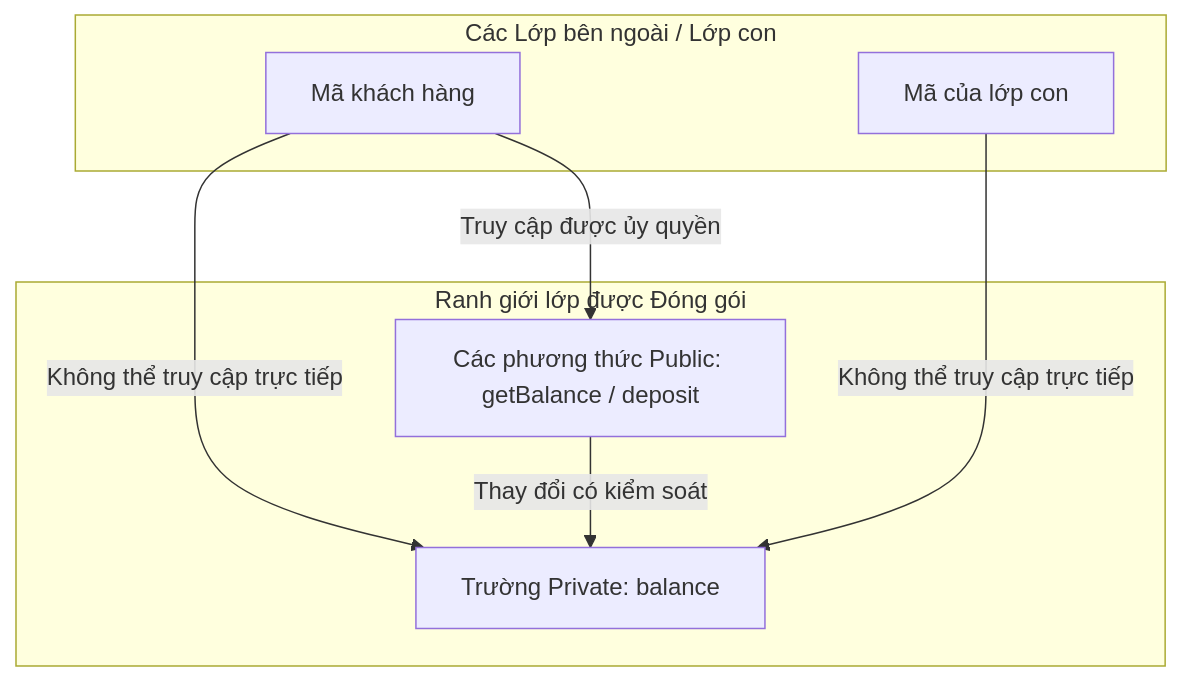
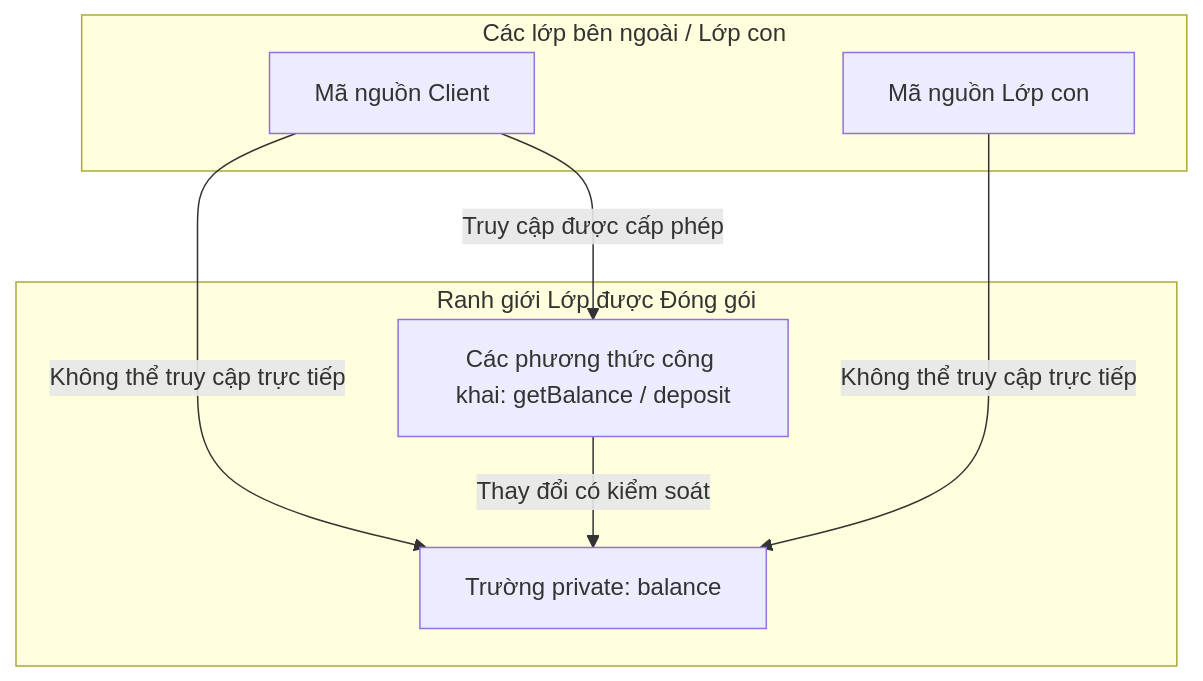
The diagram in vi/10-modifiers/theory/01-access-modifier-concepts.md (PhuThien2005/theoretical-of-java-core), drawn with Mermaid before and after one commit. The commit also changed other lines of this file and 229 other files, not shown here.

````diff
--- a/vi/10-modifiers/theory/01-access-modifier-concepts.md
+++ b/vi/10-modifiers/theory/01-access-modifier-concepts.md
@@ -219,15 +215,15 @@
 ```mermaid
 graph TD
-    subgraph External_World [Các Lớp bên ngoài / Lớp con]
-        Client[Mã khách hàng]
-        Sub[Mã của lớp con]
+    subgraph External_World [Các lớp bên ngoài / Lớp con]
+        Client[Mã nguồn Client]
+        Sub[Mã nguồn Lớp con]
     end
-    subgraph Class_Boundary [Ranh giới lớp được Đóng gói]
-        PublicAPI[Các phương thức Public: getBalance / deposit]
-        PrivateState[Trường Private: balance]
+    subgraph Class_Boundary [Ranh giới Lớp được Đóng gói]
+        PublicAPI[Các phương thức công khai: getBalance / deposit]
+        PrivateState[Trường private: balance]
     end
     Client -- Không thể truy cập trực tiếp --> PrivateState
     Sub -- Không thể truy cập trực tiếp --> PrivateState
-    Client -- "Truy cập được ủy quyền" --> PublicAPI
+    Client -- "Truy cập được cấp phép" --> PublicAPI
     PublicAPI -- "Thay đổi có kiểm soát" --> PrivateState
 ```
````
